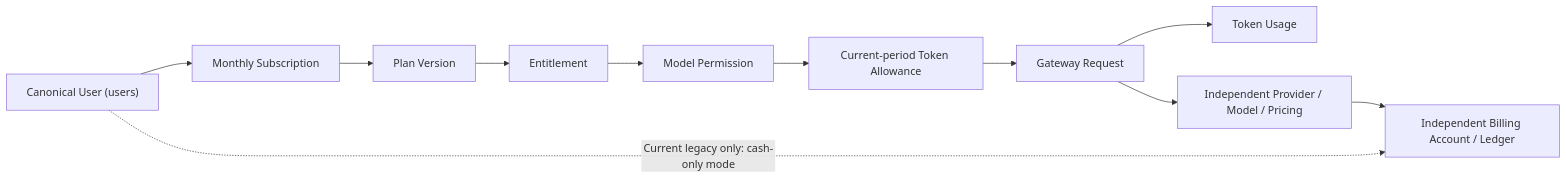
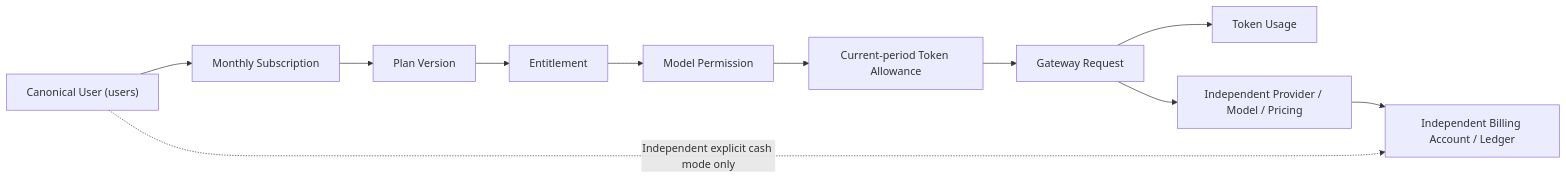
One commit to glide-the/dream-im-platform changed the diagram in docs/prd/ink-memory-admin-prd-v3.md. Above: the diagram before and after it, drawn with Mermaid. The commit also changed other lines of this file and 130 other files, not shown here.

````diff
--- a/docs/prd/ink-memory-admin-prd-v3.md
+++ b/docs/prd/ink-memory-admin-prd-v3.md
@@ -24,10 +24,10 @@
 ```mermaid
 flowchart LR
   U["Canonical User (users)"] --> S["Monthly Subscription"]
   S --> V["Plan Version"] --> E["Entitlement"] --> M["Model Permission"]
   M --> A["Current-period Token Allowance"] --> G["Gateway Request"]
   G --> X["Token Usage"]
   G --> R["Independent Provider / Model / Pricing"]
   R --> B["Independent Billing Account / Ledger"]
-  U -. "Current legacy only: cash-only mode" .-> B
+  U -. "Independent explicit cash mode only" .-> B
 ```
````
